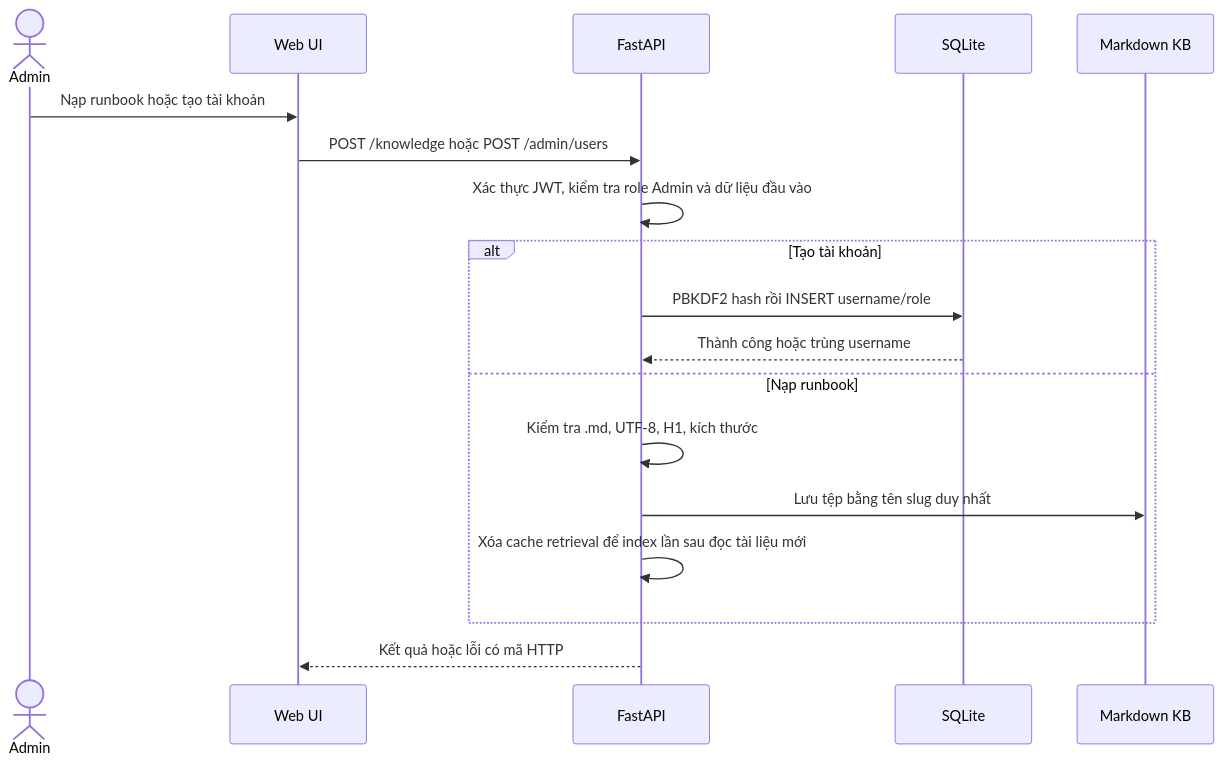
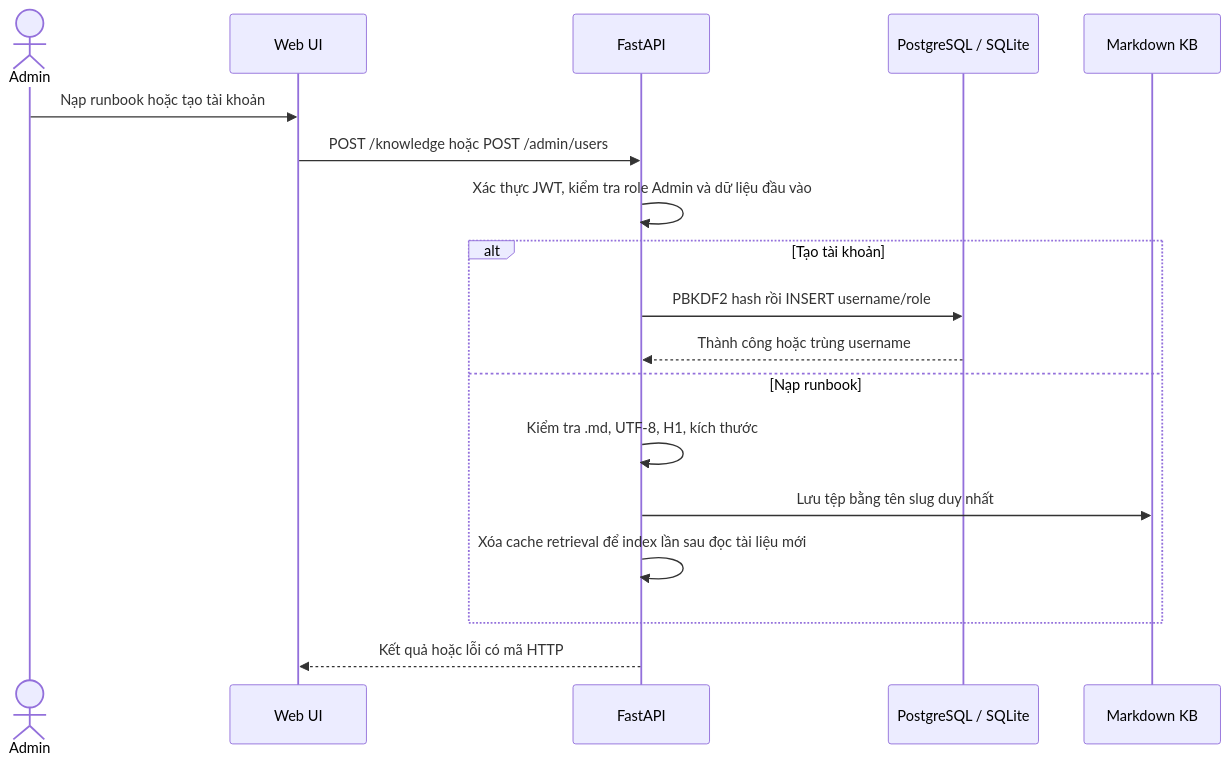
One commit to thinhsp-203/OpsMind-Helpdesk changed the sixth of 8 diagrams in docs/SDD.md. Above: the diagram before and after it, drawn with Mermaid. The commit also changed other lines of this file and 34 other files, not shown here.

First line of the commit message:
feat: add PostgreSQL backend and bilingual UI

````diff
--- a/docs/SDD.md
+++ b/docs/SDD.md
@@ -109,20 +109,20 @@
 ```mermaid
 sequenceDiagram
   actor Admin
   participant UI as Web UI
   participant API as FastAPI
-  participant DB as SQLite
+  participant DB as PostgreSQL / SQLite
   participant KB as Markdown KB
   Admin->>UI: Nạp runbook hoặc tạo tài khoản
   UI->>API: POST /knowledge hoặc POST /admin/users
   API->>API: Xác thực JWT, kiểm tra role Admin và dữ liệu đầu vào
   alt Tạo tài khoản
     API->>DB: PBKDF2 hash rồi INSERT username/role
     DB-->>API: Thành công hoặc trùng username
   else Nạp runbook
     API->>API: Kiểm tra .md, UTF-8, H1, kích thước
     API->>KB: Lưu tệp bằng tên slug duy nhất
     API->>API: Xóa cache retrieval để index lần sau đọc tài liệu mới
   end
   API-->>UI: Kết quả hoặc lỗi có mã HTTP
 ```
````
